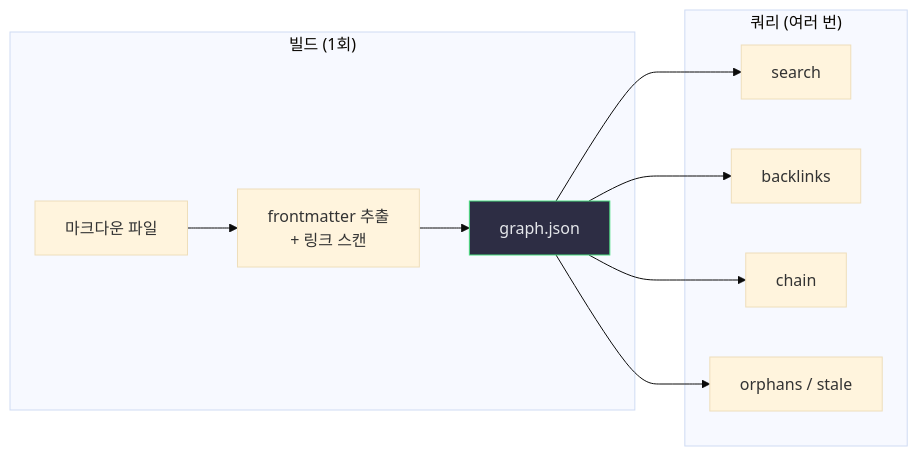
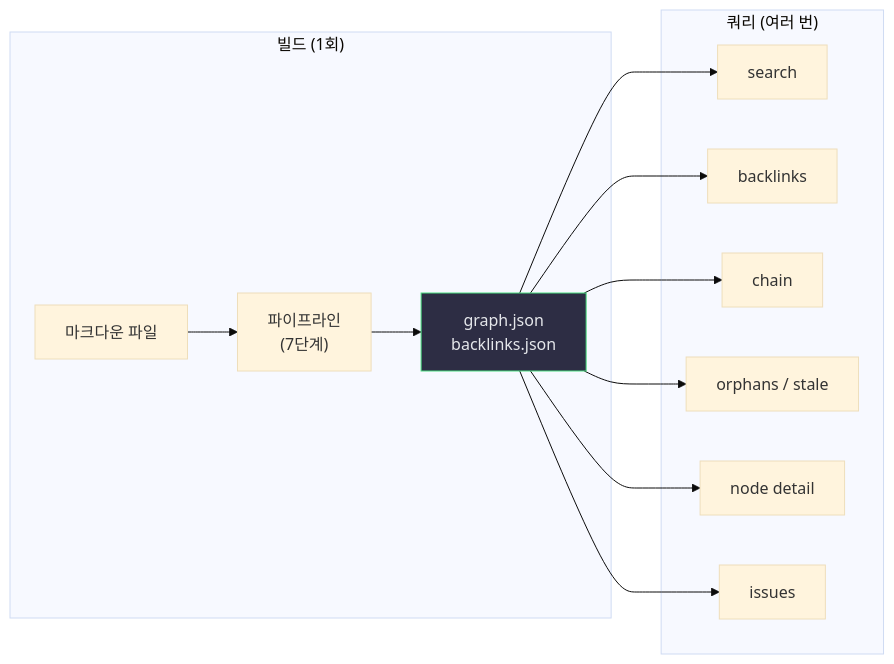
Before and after one commit to junyeong-ai/nodex: the third of 5 diagrams in README.ko.md, drawn with Mermaid (base theme). The commit also changed other lines of this file and 1 other file, not shown here.

First line of the commit message:
docs(readme): rewrite for depth with JSON contract and architecture deep-dive

````diff
--- a/README.ko.md
+++ b/README.ko.md
@@ -91,15 +188,17 @@
 ```mermaid
 flowchart LR
     subgraph "빌드 (1회)"
-        A["마크다운 파일"] --> B["frontmatter 추출<br/>+ 링크 스캔"]
-        B --> C["graph.json"]
+        A["마크다운 파일"] --> B["파이프라인<br/>(7단계)"]
+        B --> C["graph.json<br/>backlinks.json"]
     end
     subgraph "쿼리 (여러 번)"
         C --> D["search"]
         C --> E["backlinks"]
         C --> F["chain"]
         C --> G["orphans / stale"]
+        C --> H["node detail"]
+        C --> I["issues"]
     end
 
     style C fill:#2d2d44,color:#e5e7eb,stroke:#4ade80
 ```
````
